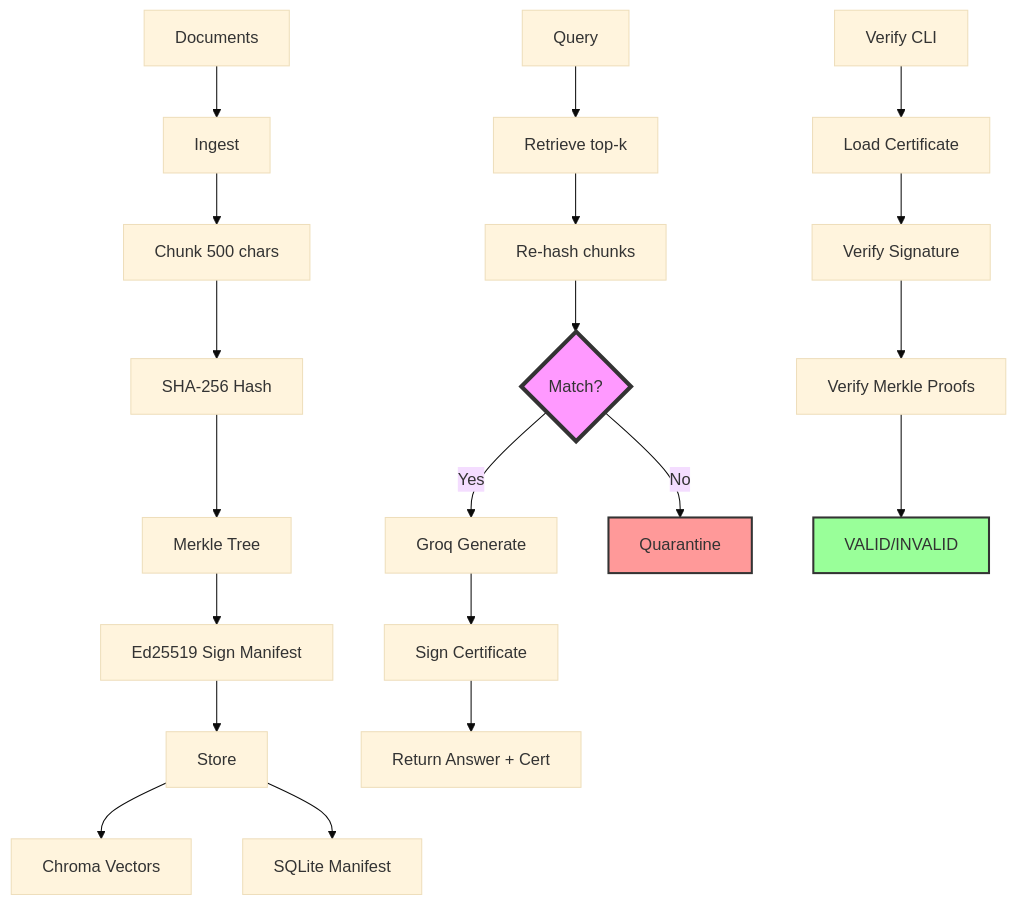
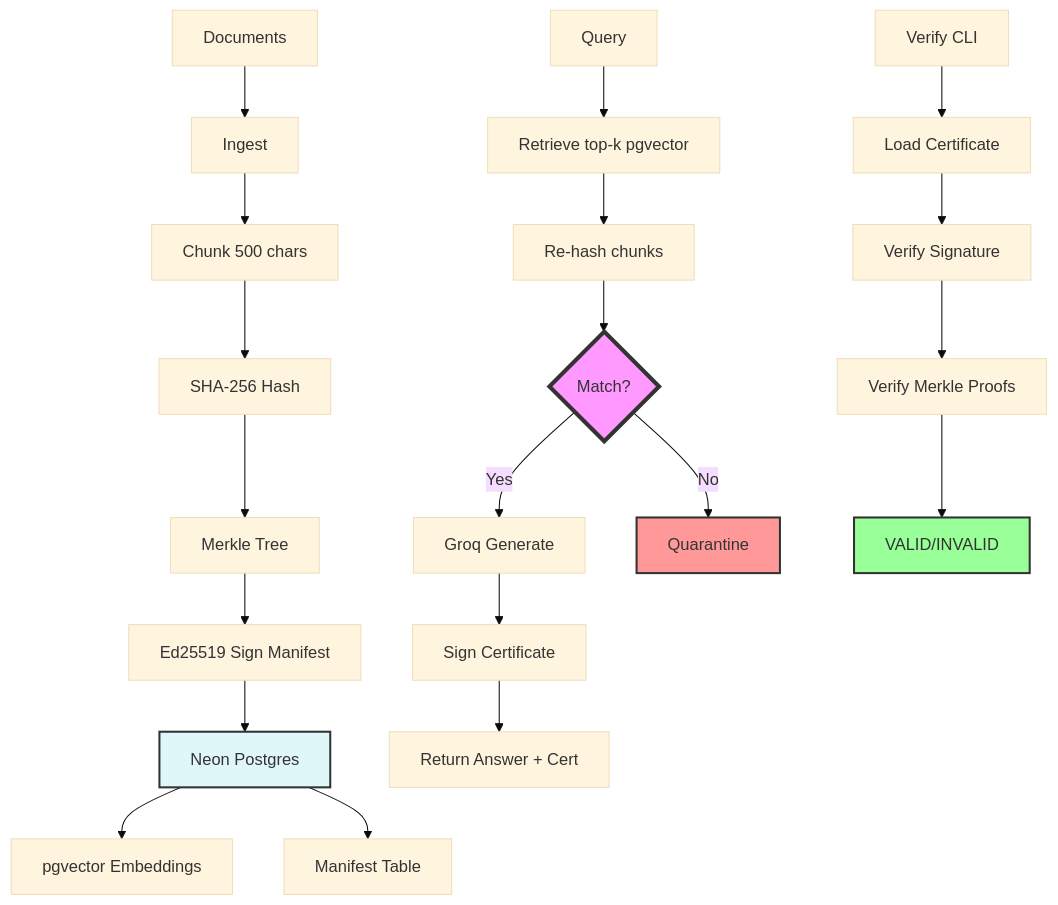
The diagram in README.md (nikitayk/Attest), drawn with Mermaid (base theme) before and after one commit. The commit also changed other lines of this file and 16 other files, not shown here.

````diff
--- a/README.md
+++ b/README.md
@@ -39,28 +71,29 @@
 ```mermaid
 graph TD
     A[Documents] --> B[Ingest]
     B --> C[Chunk 500 chars]
     C --> D[SHA-256 Hash]
     D --> E[Merkle Tree]
     E --> F[Ed25519 Sign Manifest]
-    F --> G[Store]
-    G --> H[Chroma Vectors]
-    G --> I[SQLite Manifest]
+    F --> G[Neon Postgres]
+    G --> H[pgvector Embeddings]
+    G --> I[Manifest Table]
     
-    J[Query] --> K[Retrieve top-k]
+    J[Query] --> K[Retrieve top-k pgvector]
     K --> L[Re-hash chunks]
     L --> M{Match?}
     M -->|Yes| N[Groq Generate]
     M -->|No| O[Quarantine]
     N --> P[Sign Certificate]
     P --> Q[Return Answer + Cert]
     
     R[Verify CLI] --> S[Load Certificate]
     S --> T[Verify Signature]
     T --> U[Verify Merkle Proofs]
     U --> V[VALID/INVALID]
     
     style M fill:#f9f,stroke:#333,stroke-width:4px
     style O fill:#f99,stroke:#333,stroke-width:2px
     style V fill:#9f9,stroke:#333,stroke-width:2px
+    style G fill:#e0f7fa,stroke:#333,stroke-width:2px
 ```
````
